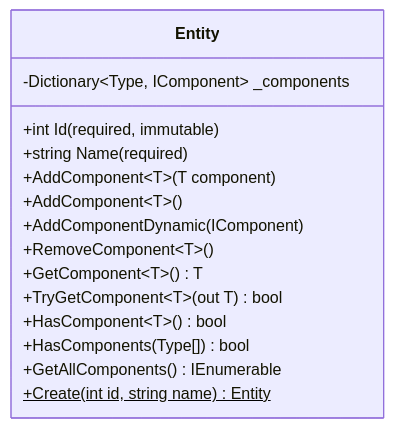
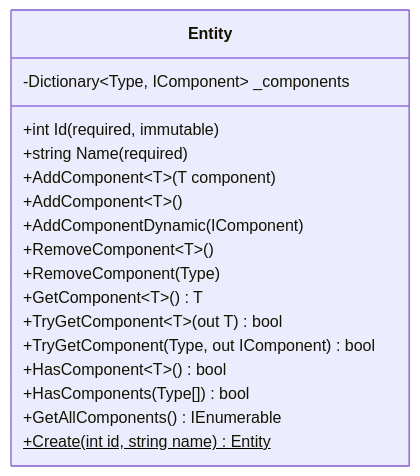
Before and after one commit to kateusz/GameEngine: the second of 5 diagrams in docs/architecture/ecs-architecture.md, drawn with Mermaid. The commit also changed other lines of this file and 25 other files, not shown here.

````diff
--- a/docs/architecture/ecs-architecture.md
+++ b/docs/architecture/ecs-architecture.md
@@ -45,18 +48,20 @@
 ```mermaid
 classDiagram
     class Entity {
         +int Id (required, immutable)
         +string Name (required)
         -Dictionary~Type, IComponent~ _components
         +AddComponent~T~(T component)
         +AddComponent~T~()
         +AddComponentDynamic(IComponent)
         +RemoveComponent~T~()
+        +RemoveComponent(Type)
         +GetComponent~T~() T
         +TryGetComponent~T~(out T) bool
+        +TryGetComponent(Type, out IComponent) bool
         +HasComponent~T~() bool
         +HasComponents(Type[]) bool
         +GetAllComponents() IEnumerable
         +Create(int id, string name)$ Entity
     }
 ```
````
